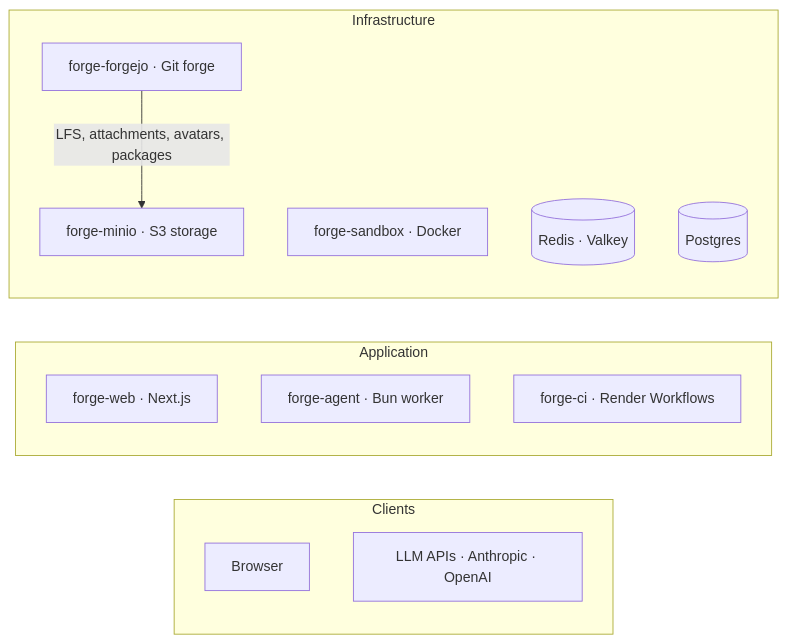
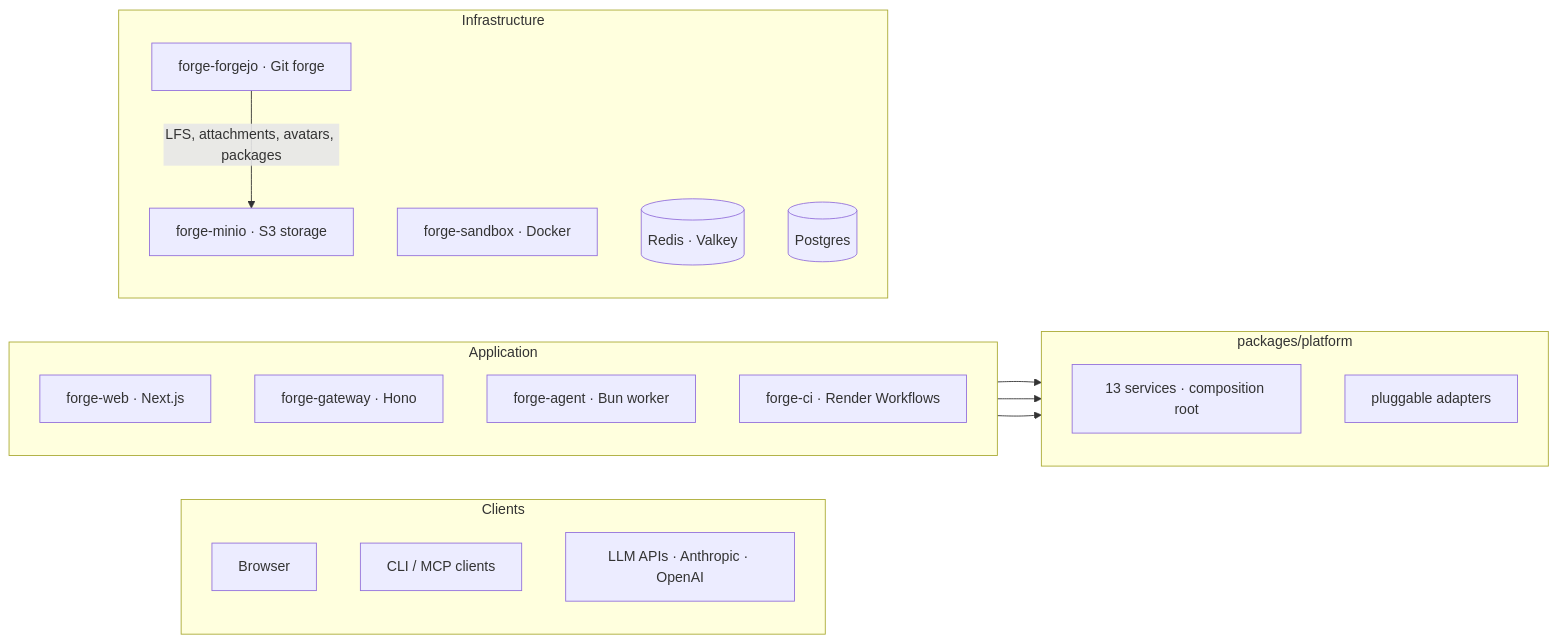
The diagram in README.md (jacobprall/render-open-forge), drawn with Mermaid before and after one commit. The commit also changed other lines of this file and 65 other files, not shown here.

````diff
--- a/README.md
+++ b/README.md
@@ -21,26 +21,37 @@
 ```mermaid
 graph LR
     subgraph Clients
         direction TB
         Browser["Browser"]
+        CLI["CLI / MCP clients"]
         LLM["LLM APIs · Anthropic · OpenAI"]
     end
 
     subgraph Application
         direction TB
         Web["forge-web · Next.js"]
+        Gateway["forge-gateway · Hono"]
         Agent["forge-agent · Bun worker"]
         CI["forge-ci · Render Workflows"]
+    end
+
+    subgraph Platform["packages/platform"]
+        direction TB
+        Services["13 services · composition root"]
+        Adapters["pluggable adapters"]
     end
 
     subgraph Infrastructure
         direction TB
         Forgejo["forge-forgejo · Git forge"]
         MinIO["forge-minio · S3 storage"]
         Sandbox["forge-sandbox · Docker"]
         Redis[("Redis · Valkey")]
         Postgres[("Postgres")]
     end
 
+    Web --> Services
+    Gateway --> Services
+    Agent --> Services
     Forgejo -->|"LFS, attachments, avatars, packages"| MinIO
 ```
````
